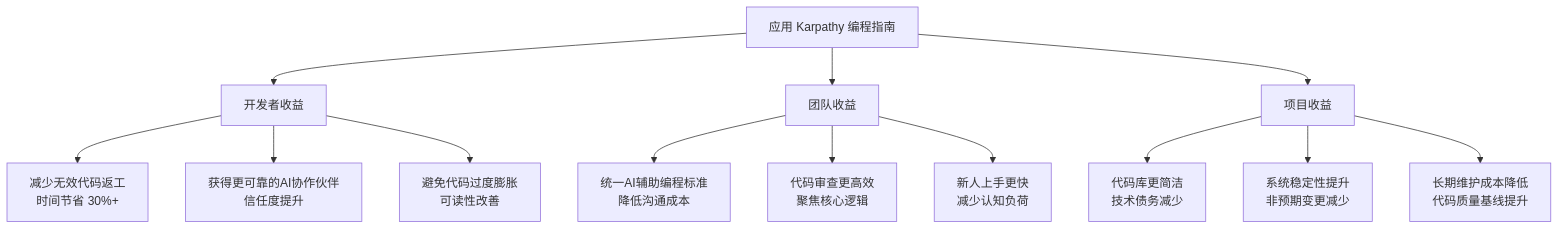
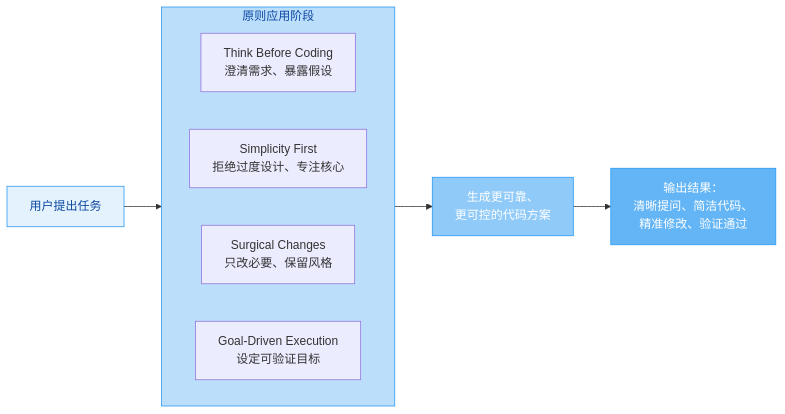
The diagram in markdown/content/multica-ai-andrej-karpathy-skills.md (iss-tools/github-trending), drawn with Mermaid before and after one commit. The commit also changed other lines of this file and 57 other files, not shown here.

````diff
--- a/markdown/content/multica-ai-andrej-karpathy-skills.md
+++ b/markdown/content/multica-ai-andrej-karpathy-skills.md
@@ -120,18 +36,20 @@
 ```mermaid
-flowchart TD
-    A[应用 Karpathy 编程指南] --> B[开发者收益]
-    A --> C[团队收益]
-    A --> D[项目收益]
+flowchart LR
+    A[用户提出任务] --> B{AI 助手应用四大原则};
     
-    B --> B1["减少无效代码返工<br>时间节省 30%+"]
-    B --> B2["获得更可靠的AI协作伙伴<br>信任度提升"]
-    B --> B3["避免代码过度膨胀<br>可读性改善"]
+    subgraph B [原则应用阶段]
+        direction LR
+        P1[Think Before Coding<br>澄清需求、暴露假设]
+        P2[Simplicity First<br>拒绝过度设计、专注核心]
+        P3[Surgical Changes<br>只改必要、保留风格]
+        P4[Goal-Driven Execution<br>设定可验证目标]
+    end
     
-    C --> C1["统一AI辅助编程标准<br>降低沟通成本"]
-    C --> C2["代码审查更高效<br>聚焦核心逻辑"]
-    C --> C3["新人上手更快<br>减少认知负荷"]
+    B --> C[生成更可靠、<br>更可控的代码方案];
+    C --> D[输出结果：<br>清晰提问、简洁代码、<br>精准修改、验证通过];
     
-    D --> D1["代码库更简洁<br>技术债务减少"]
-    D --> D2["系统稳定性提升<br>非预期变更减少"]
-    D --> D3["长期维护成本降低<br>代码质量基线提升"]
+    style A fill:#e3f2fd,stroke:#2196f3,color:#0d47a1
+    style B fill:#bbdefb,stroke:#2196f3,color:#0d47a1
+    style C fill:#90caf9,stroke:#2196f3,color:#ffffff
+    style D fill:#64b5f6,stroke:#2196f3,color:#ffffff
 ```
````
